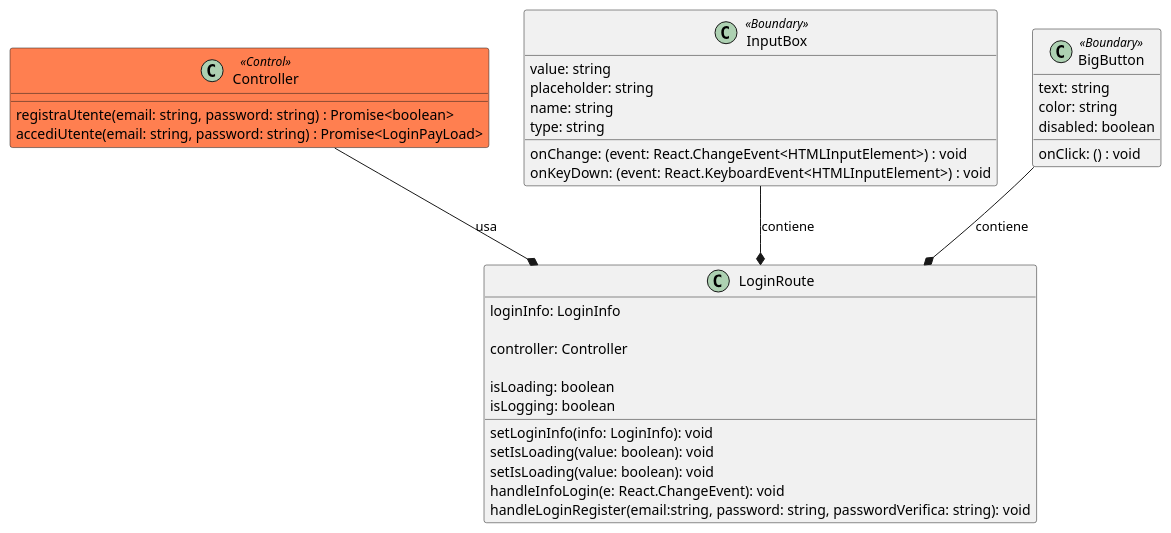
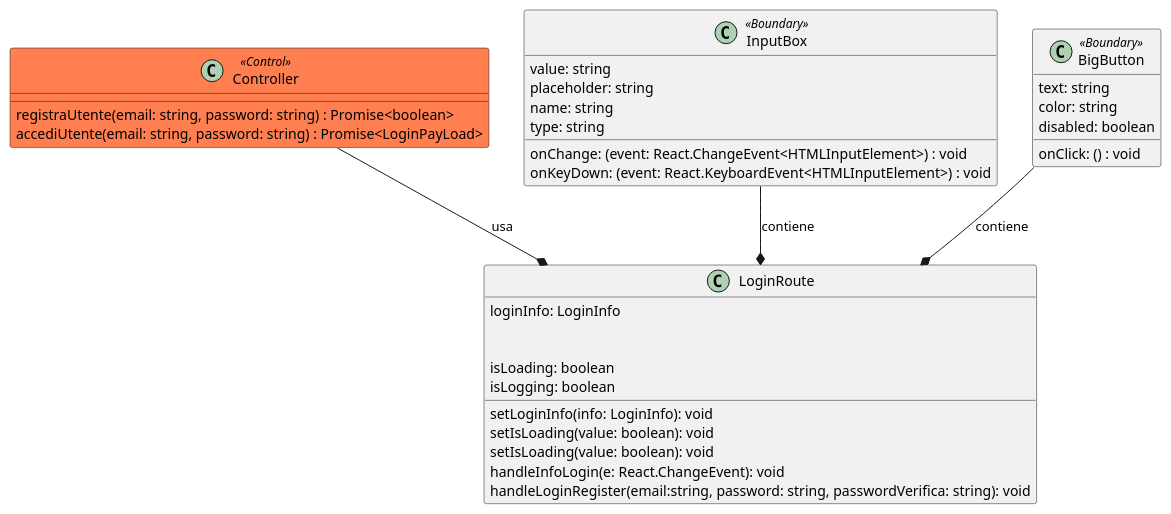
The diagram in diagrams/PUML/routes/LoginRegisterRoute.puml (macro21KGB/Esame-INGSW-22-23), drawn with PlantUML before and after one commit. The commit also changed 34 other files, not shown here.

```diff
--- a/diagrams/PUML/routes/LoginRegisterRoute.puml
+++ b/diagrams/PUML/routes/LoginRegisterRoute.puml
@@ -1,56 +1,55 @@
 @startuml login_route
 
 class Controller <<Control>> #coral{
   
   registraUtente(email: string, password: string) : Promise<boolean>
   accediUtente(email: string, password: string) : Promise<LoginPayLoad>
 
 }
 
 class LoginRoute {
   loginInfo: LoginInfo
   setLoginInfo(info: LoginInfo): void
 
-  controller: Controller
 
   isLoading: boolean
   isLogging: boolean
 
   setIsLoading(value: boolean): void
   setIsLoading(value: boolean): void
 
 
   handleInfoLogin(e: React.ChangeEvent): void
   handleLoginRegister(email:string, password: string, passwordVerifica: string): void
 
 }
 
 class InputBox <<Boundary>> {
 
 	value: string
 	placeholder: string
 	name: string
 	type: string
 	onChange: (event: React.ChangeEvent<HTMLInputElement>) : void
 	onKeyDown: (event: React.KeyboardEvent<HTMLInputElement>) : void
 
 }
 
 class BigButton <<Boundary>> {
 
   onClick: () : void
   text: string
   color: string
   disabled: boolean
 
 }
 
 
 
 
 
 BigButton --* LoginRoute : contiene
 InputBox--* LoginRoute : contiene
 Controller --* LoginRoute : usa
 
 @enduml
```
